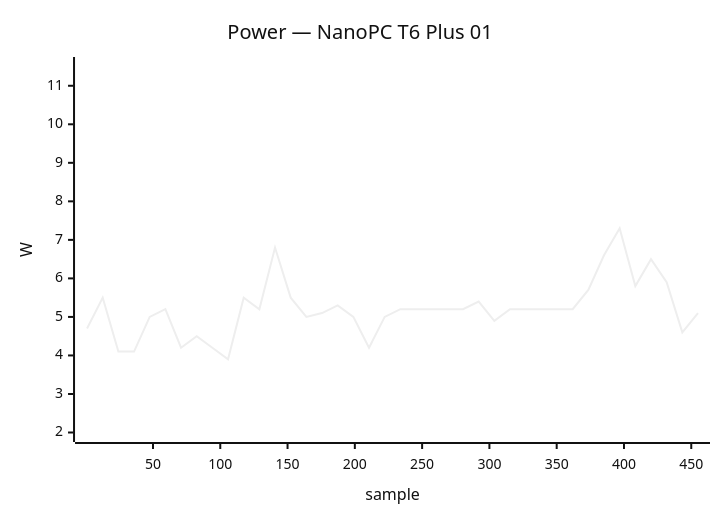
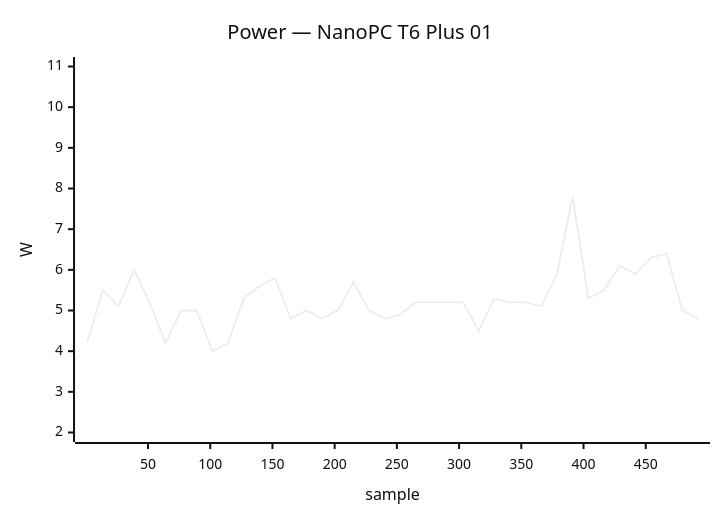
Diagram 14 of 48 in docs/status/board-tests.md (armbian/documentation), drawn with Mermaid (neutral theme) before and after one commit. The commit also changed other lines of this file, not shown here.

````diff
--- a/docs/status/board-tests.md
+++ b/docs/status/board-tests.md
@@ -595,7 +726,7 @@
 ```mermaid
 xychart-beta
     title "Power — NanoPC T6 Plus 01"
-    x-axis "sample" 1 --> 455
-    y-axis "W" 2.0 --> 11.5
-    line [4.7, 5.5, 4.1, 4.1, 5.0, 5.2, 4.2, 4.5, 4.2, 3.9, 5.5, 5.2, 6.8, 5.5, 5.0, 5.1, 5.3, 5.0, 4.2, 5.0, 5.2, 5.2, 5.2, 5.2, 5.2, 5.4, 4.9, 5.2, 5.2, 5.2, 5.2, 5.2, 5.7, 6.6, 7.3, 5.8, 6.5, 5.9, 4.6, 5.1]
+    x-axis "sample" 1 --> 492
+    y-axis "W" 2.0 --> 11.0
+    line [4.2, 5.5, 5.1, 6.0, 5.2, 4.2, 5.0, 5.0, 4.0, 4.2, 5.3, 5.6, 5.8, 4.8, 5.0, 4.8, 5.0, 5.7, 5.0, 4.8, 4.9, 5.2, 5.2, 5.2, 5.2, 4.5, 5.3, 5.2, 5.2, 5.1, 5.9, 7.8, 5.3, 5.5, 6.1, 5.9, 6.3, 6.4, 5.0, 4.8]
 ```
````
